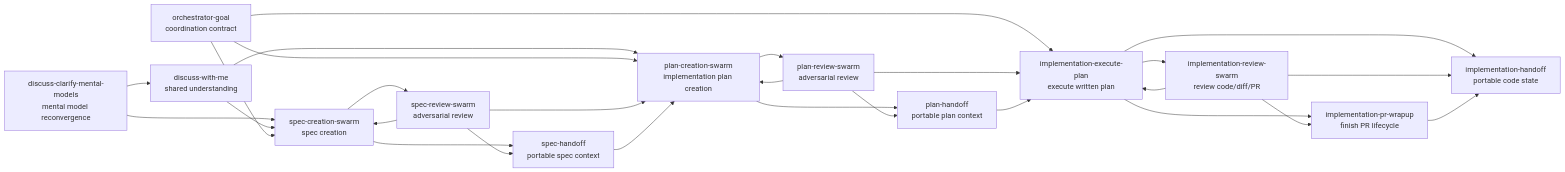
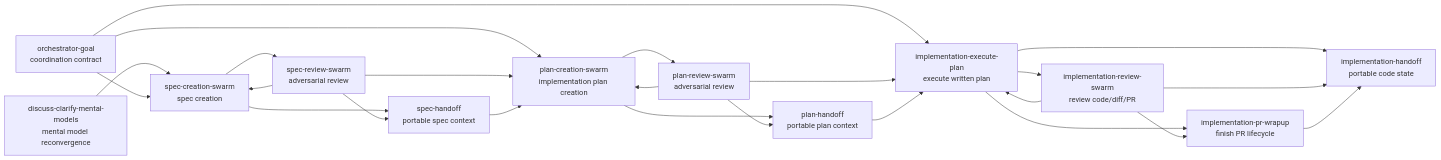
The diagram in plugins/shravan-dev-workflow/README.md (ShravanSunder/ai-tools), drawn with Mermaid before and after one commit. The commit also changed other lines of this file and 41 other files, not shown here.

````diff
--- a/plugins/shravan-dev-workflow/README.md
+++ b/plugins/shravan-dev-workflow/README.md
@@ -59,49 +58,45 @@
 ```mermaid
 flowchart LR
     mentalModels["discuss-clarify-mental-models<br/>mental model reconvergence"]
-    discuss["discuss-with-me<br/>shared understanding"]
     goal["orchestrator-goal<br/>coordination contract"]
 
     specDesign["spec-creation-swarm<br/>spec creation"]
     specReview["spec-review-swarm<br/>adversarial review"]
     specHandoff["spec-handoff<br/>portable spec context"]
 
     planCreate["plan-creation-swarm<br/>implementation plan creation"]
     planReview["plan-review-swarm<br/>adversarial review"]
     planHandoff["plan-handoff<br/>portable plan context"]
 
     implExecute["implementation-execute-plan<br/>execute written plan"]
     implReview["implementation-review-swarm<br/>review code/diff/PR"]
     implWrap["implementation-pr-wrapup<br/>finish PR lifecycle"]
     implHandoff["implementation-handoff<br/>portable code state"]
 
-    mentalModels --> discuss
     mentalModels --> specDesign
-    discuss --> specDesign
-    discuss --> planCreate
     goal --> specDesign
     goal --> planCreate
     goal --> implExecute
 
     specDesign --> specReview
     specDesign --> specHandoff
     specReview --> specHandoff
     specReview --> specDesign
     specReview --> planCreate
     specHandoff --> planCreate
 
     planCreate --> planReview
     planCreate --> planHandoff
     planReview --> planCreate
     planReview --> planHandoff
     planReview --> implExecute
     planHandoff --> implExecute
 
     implExecute --> implReview
     implExecute --> implWrap
     implReview --> implExecute
     implReview --> implWrap
     implExecute --> implHandoff
     implReview --> implHandoff
     implWrap --> implHandoff
 ```
````
